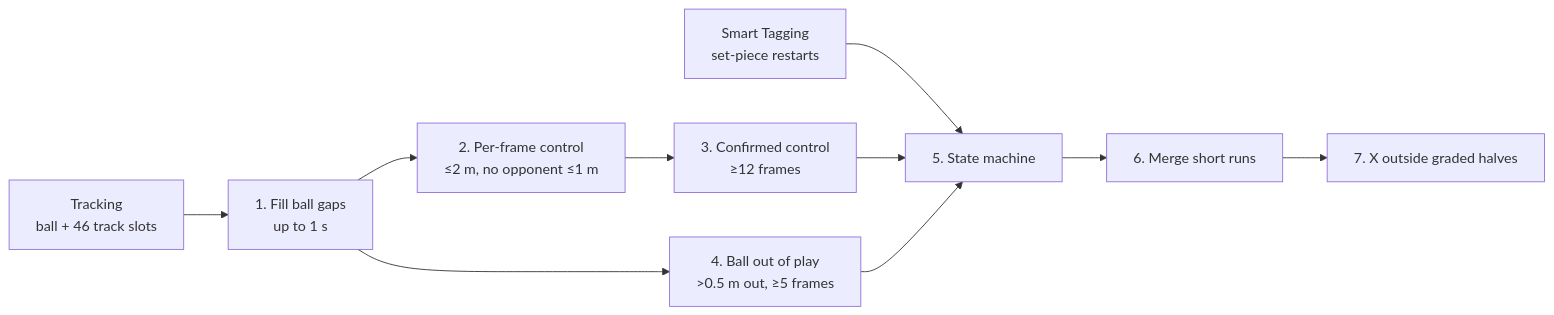
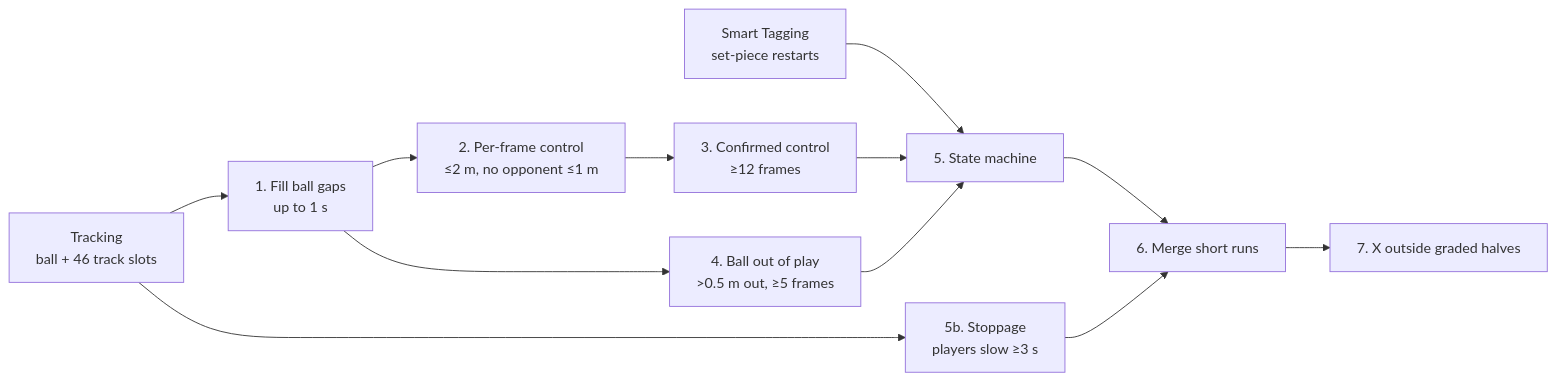
One commit to shanhtetsan/more-than-a-hack-2027 changed the first of 2 diagrams in docs/TECHNICAL.md. Above: the diagram before and after it, drawn with Mermaid. The commit also changed other lines of this file and 11 other files, not shown here.

````diff
--- a/docs/TECHNICAL.md
+++ b/docs/TECHNICAL.md
@@ -57,12 +62,14 @@
 ```mermaid
 flowchart LR
     A[Tracking<br/>ball + 46 track slots] --> B[1. Fill ball gaps<br/>up to 1 s]
     B --> C[2. Per-frame control<br/>≤2 m, no opponent ≤1 m]
     C --> D[3. Confirmed control<br/>≥12 frames]
     E[Smart Tagging<br/>set-piece restarts] --> F
     B --> G[4. Ball out of play<br/>&gt;0.5 m out, ≥5 frames]
     D --> F[5. State machine]
     G --> F
+    A --> S[5b. Stoppage<br/>players slow ≥3 s]
     F --> H[6. Merge short runs]
+    S --> H
     H --> I[7. X outside graded halves]
 ```
````
